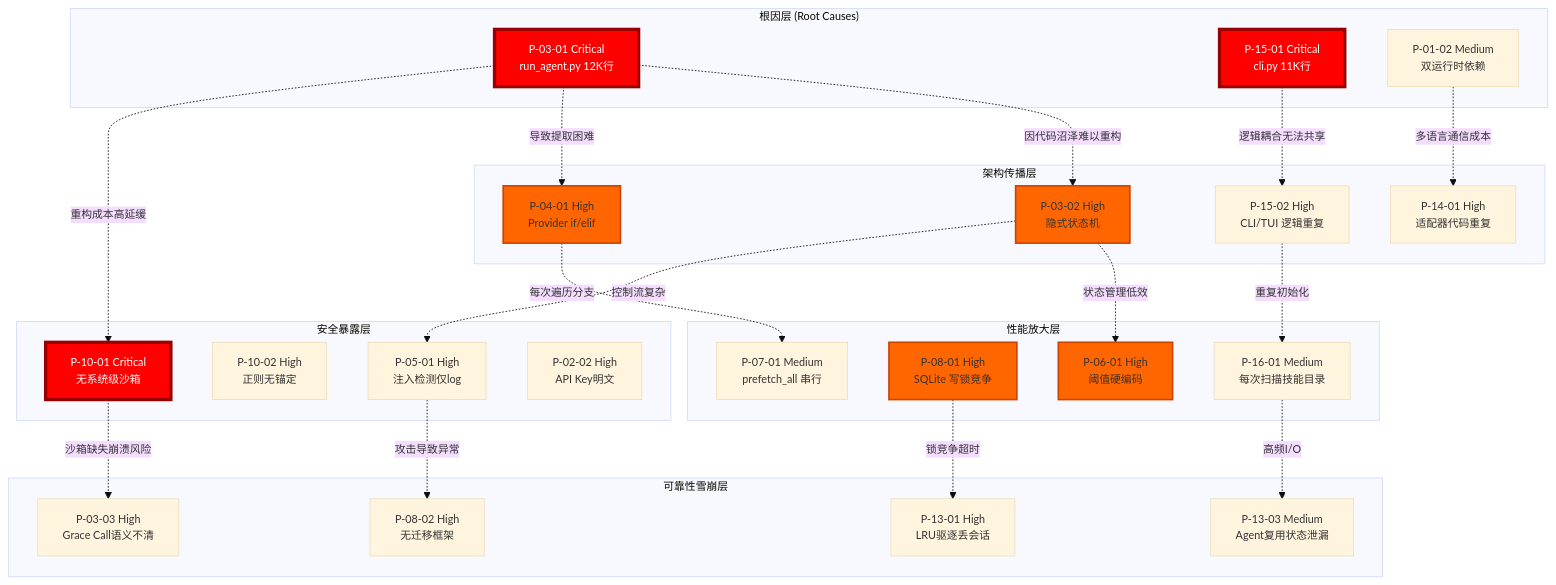
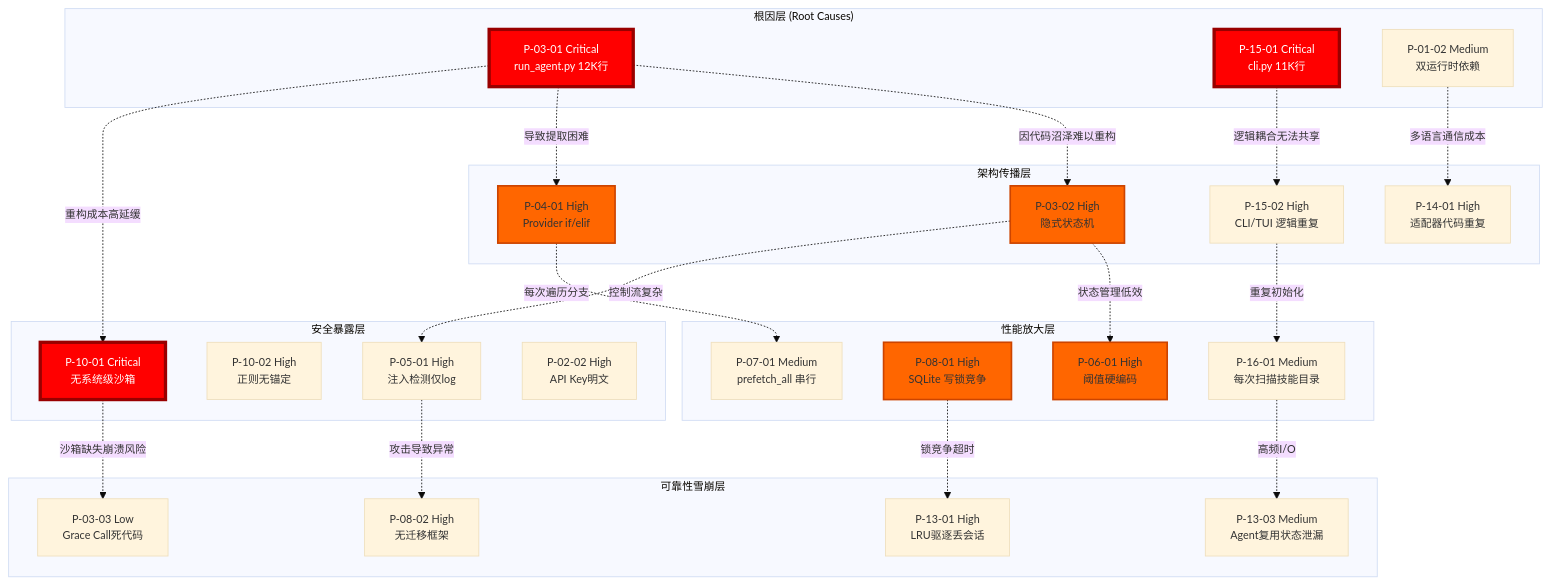
The second of 4 diagrams in src/ch-17-diagnosis.md (jerdbo/hermes-book), drawn with Mermaid before and after one commit. The commit also changed other lines of this file and 3 other files, not shown here.

````diff
--- a/src/ch-17-diagnosis.md
+++ b/src/ch-17-diagnosis.md
@@ -142,70 +142,70 @@
 ```mermaid
 %%{init: {'theme':'base', 'themeVariables': {'fontSize':'13px'}}}%%
 graph TD
     subgraph RootCauses["根因层 (Root Causes)"]
         P_03_01["P-03-01 Critical<br/>run_agent.py 12K行"]
         P_15_01["P-15-01 Critical<br/>cli.py 11K行"]
         P_01_02["P-01-02 Medium<br/>双运行时依赖"]
     end
 
     subgraph ArchLayer["架构传播层"]
         P_03_02["P-03-02 High<br/>隐式状态机"]
         P_04_01["P-04-01 High<br/>Provider if/elif"]
         P_14_01["P-14-01 High<br/>适配器代码重复"]
         P_15_02["P-15-02 High<br/>CLI/TUI 逻辑重复"]
     end
 
     subgraph PerfLayer["性能放大层"]
         P_06_01["P-06-01 High<br/>阈值硬编码"]
         P_08_01["P-08-01 High<br/>SQLite 写锁竞争"]
         P_16_01["P-16-01 Medium<br/>每次扫描技能目录"]
         P_07_01["P-07-01 Medium<br/>prefetch_all 串行"]
     end
 
     subgraph SecLayer["安全暴露层"]
         P_10_01["P-10-01 Critical<br/>无系统级沙箱"]
         P_10_02["P-10-02 High<br/>正则无锚定"]
         P_05_01["P-05-01 High<br/>注入检测仅log"]
         P_02_02["P-02-02 High<br/>API Key明文"]
     end
 
     subgraph RelLayer["可靠性雪崩层"]
-        P_03_03["P-03-03 High<br/>Grace Call语义不清"]
+        P_03_03["P-03-03 Low<br/>Grace Call死代码"]
         P_08_02["P-08-02 High<br/>无迁移框架"]
         P_13_01["P-13-01 High<br/>LRU驱逐丢会话"]
         P_13_03["P-13-03 Medium<br/>Agent复用状态泄漏"]
     end
 
     %% 根因 → 架构
     P_03_01 -.因代码沼泽难以重构.-> P_03_02
     P_03_01 -.导致提取困难.-> P_04_01
     P_15_01 -.逻辑耦合无法共享.-> P_15_02
     P_01_02 -.多语言通信成本.-> P_14_01
 
     %% 架构 → 性能
     P_03_02 -.状态管理低效.-> P_06_01
     P_04_01 -.每次遍历分支.-> P_07_01
     P_15_02 -.重复初始化.-> P_16_01
 
     %% 架构 → 安全
     P_03_01 -.重构成本高延缓.-> P_10_01
     P_03_02 -.控制流复杂.-> P_05_01
 
     %% 性能 → 可靠性
     P_08_01 -.锁竞争超时.-> P_13_01
     P_16_01 -.高频I/O.-> P_13_03
 
     %% 安全 → 可靠性
     P_10_01 -.沙箱缺失崩溃风险.-> P_03_03
     P_05_01 -.攻击导致异常.-> P_08_02
 
     %% 样式
     style P_03_01 fill:#ff0000,stroke:#990000,stroke-width:4px,color:#fff
     style P_15_01 fill:#ff0000,stroke:#990000,stroke-width:4px,color:#fff
     style P_10_01 fill:#ff0000,stroke:#990000,stroke-width:4px,color:#fff
 
     style P_03_02 fill:#ff6600,stroke:#cc4400,stroke-width:2px
     style P_04_01 fill:#ff6600,stroke:#cc4400,stroke-width:2px
     style P_06_01 fill:#ff6600,stroke:#cc4400,stroke-width:2px
     style P_08_01 fill:#ff6600,stroke:#cc4400,stroke-width:2px
 ```
````
